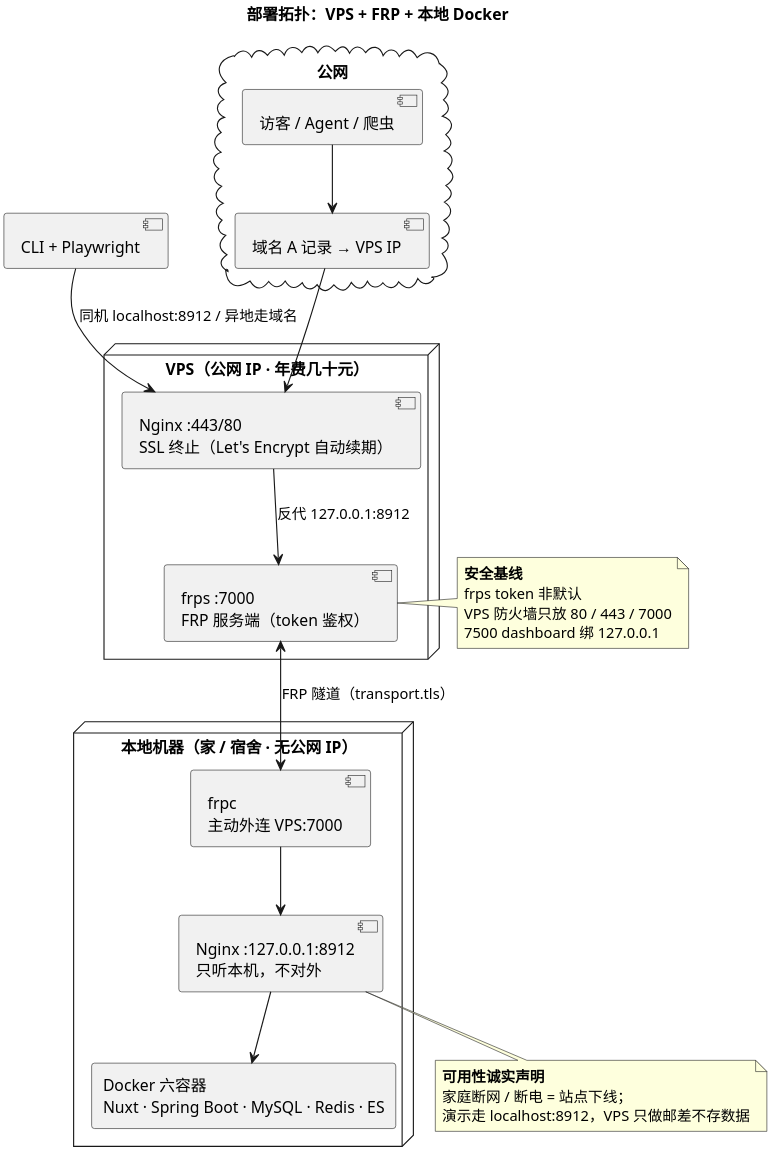
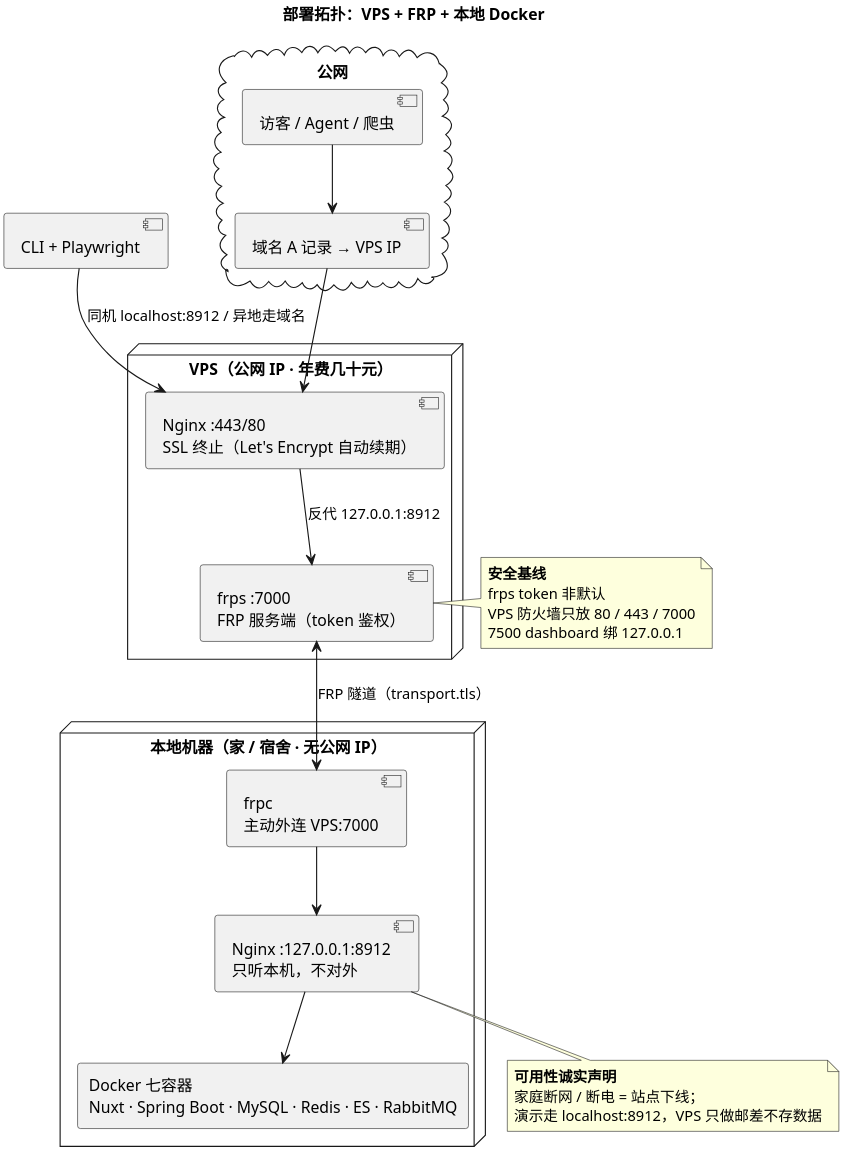
The diagram in docs/assets/PRD/puml/07-部署拓扑.puml (lggyx/inkpress2agent), drawn with PlantUML before and after one commit. The commit also changed 8 other files, not shown here.

```diff
--- a/docs/assets/PRD/puml/07-部署拓扑.puml
+++ b/docs/assets/PRD/puml/07-部署拓扑.puml
@@ -1,46 +1,46 @@
 @startuml 07-部署拓扑
 skinparam dpi 300
 skinparam shadowing false
 skinparam defaultFontName Microsoft YaHei
 title 部署拓扑：VPS + FRP + 本地 Docker
 
 cloud "公网" {
   [访客 / Agent / 爬虫] as VIS
   [域名 A 记录 → VPS IP] as DNS
 }
 
 node "VPS（公网 IP · 年费几十元）" {
   [Nginx :443/80\nSSL 终止（Let's Encrypt 自动续期）] as VN
   [frps :7000\nFRP 服务端（token 鉴权）] as FS
   VN --> FS : 反代 127.0.0.1:8912
 }
 
 node "本地机器（家 / 宿舍 · 无公网 IP）" {
   [frpc\n主动外连 VPS:7000] as FC
   [Nginx :127.0.0.1:8912\n只听本机，不对外] as HN
-  rectangle "Docker 六容器\nNuxt · Spring Boot · MySQL · Redis · ES" as DOC
+  rectangle "Docker 七容器\nNuxt · Spring Boot · MySQL · Redis · ES · RabbitMQ" as DOC
   FC --> HN
   HN --> DOC
 }
 
 [CLI + Playwright] as CLI
 
 VIS --> DNS
 DNS --> VN
 FS <--> FC : FRP 隧道（transport.tls）
 CLI --> VN : 同机 localhost:8912 / 异地走域名
 
 note right of FS
   **安全基线**
   frps token 非默认
   VPS 防火墙只放 80 / 443 / 7000
   7500 dashboard 绑 127.0.0.1
 end note
 
 note bottom of HN
   **可用性诚实声明**
   家庭断网 / 断电 = 站点下线；
   演示走 localhost:8912，VPS 只做邮差不存数据
 end note
 
 @enduml
```
